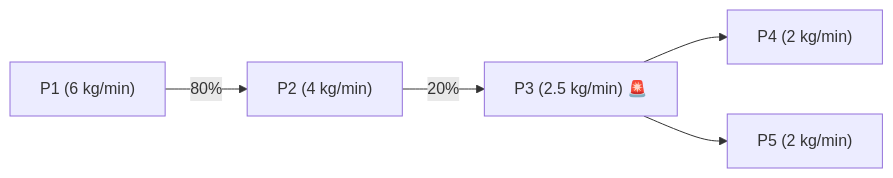
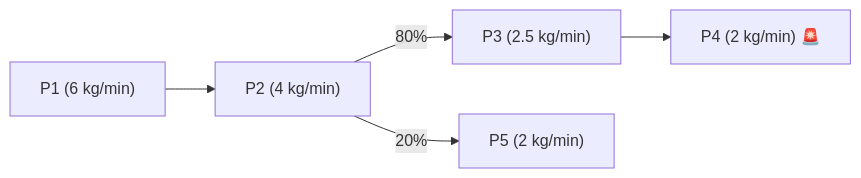
Before and after one commit to FCamaggi/xr-wiki: the third of 4 diagrams in public/content/clases/2-resumen-procesos-2025.03.18.md, drawn with Mermaid. The commit also changed other lines of this file and 8 other files, not shown here.

````diff
--- a/public/content/clases/2-resumen-procesos-2025.03.18.md
+++ b/public/content/clases/2-resumen-procesos-2025.03.18.md
@@ -62,7 +62,7 @@
 ```mermaid
 flowchart LR
-    P1["P1 (6 kg/min)"] -->|80%| P2["P2 (4 kg/min)"]
-    P2 -->|20%| P3["P3 (2.5 kg/min) 🚨"]
-    P3 --> P4["P4 (2 kg/min)"]
-    P3 --> P5["P5 (2 kg/min)"]
+    P1["P1 (6 kg/min)"] --> P2["P2 (4 kg/min)"]
+    P2 -->|80%| P3["P3 (2.5 kg/min)"]
+    P3 --> P4["P4 (2 kg/min) 🚨"]
+    P2 -->|20%| P5["P5 (2 kg/min)"]
 ```
````
